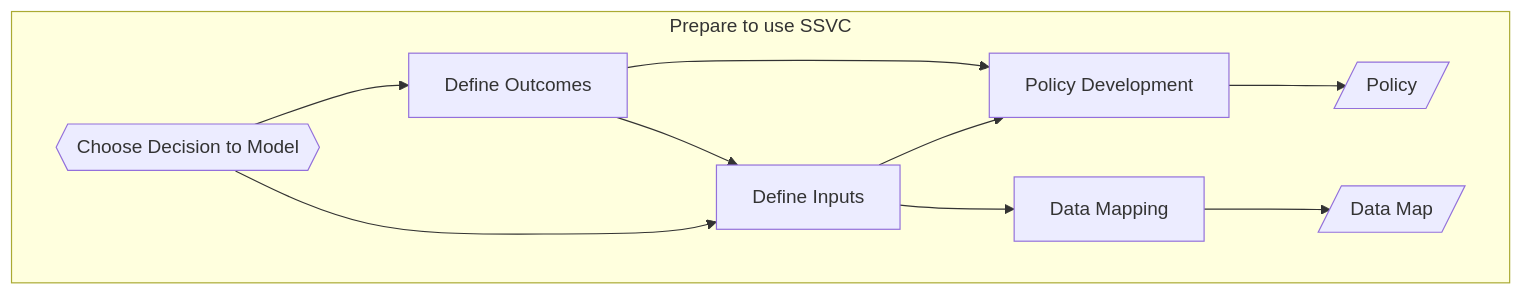
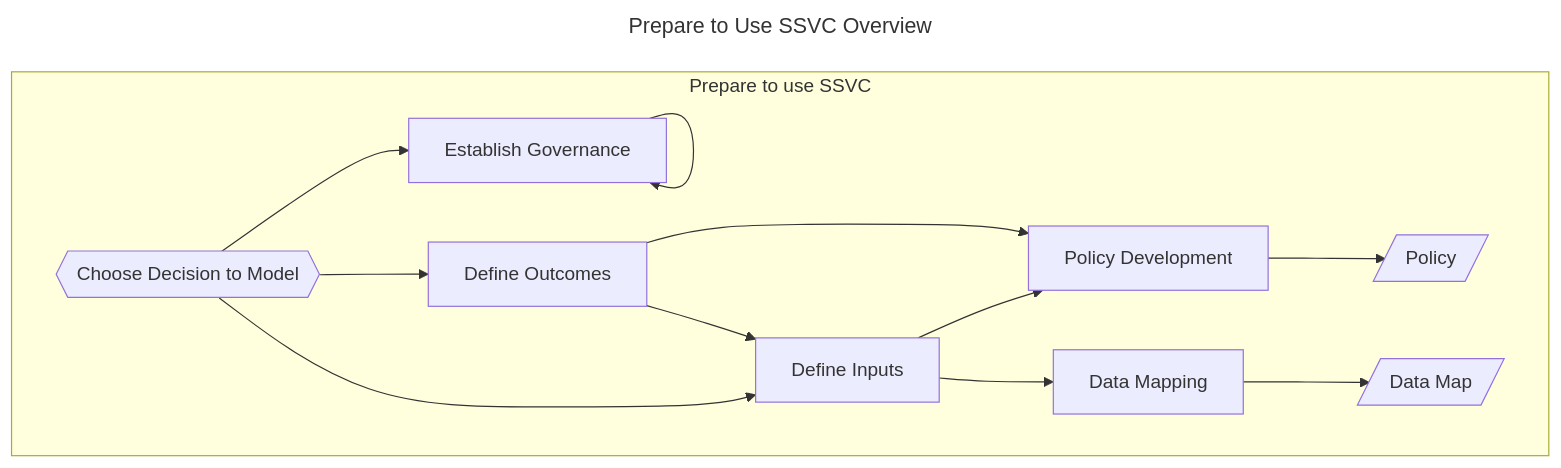
The first of 7 diagrams in docs/howto/bootstrap/prepare.md (CERTCC/SSVC), drawn with Mermaid before and after one commit. The commit also changed other lines of this file, not shown here.

````diff
--- a/docs/howto/bootstrap/prepare.md
+++ b/docs/howto/bootstrap/prepare.md
@@ -8,20 +8,26 @@
 ```mermaid
+---
+title: Prepare to Use SSVC Overview
+---
 flowchart
     subgraph prep [Prepare to use SSVC]
         dcd{{Choose Decision to Model}}
+        governance[Establish Governance]
         outcomes[Define Outcomes]
         decisionpoints[Define Inputs]
         dataeng[Data Mapping]
         dm[/Data Map/]
         policy[Policy Development]
         p[/Policy/]        
     end
     dcd --> outcomes
+    dcd --> governance
+    governance --> governance
     outcomes --> decisionpoints
     dcd --> decisionpoints
     decisionpoints --> dataeng
     outcomes --> policy
     decisionpoints --> policy
     policy --> p
     dataeng --> dm
 ```
````
